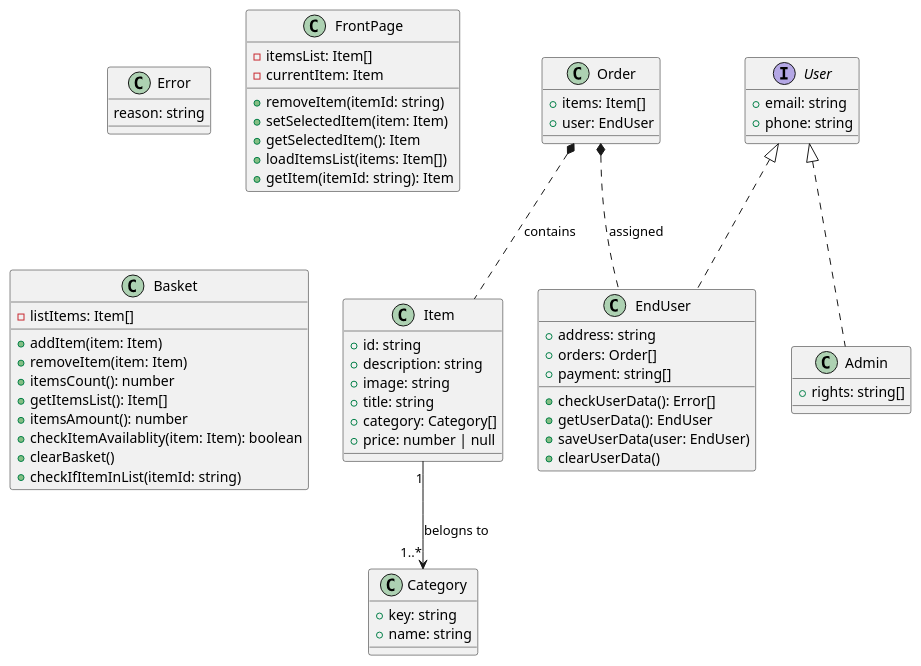
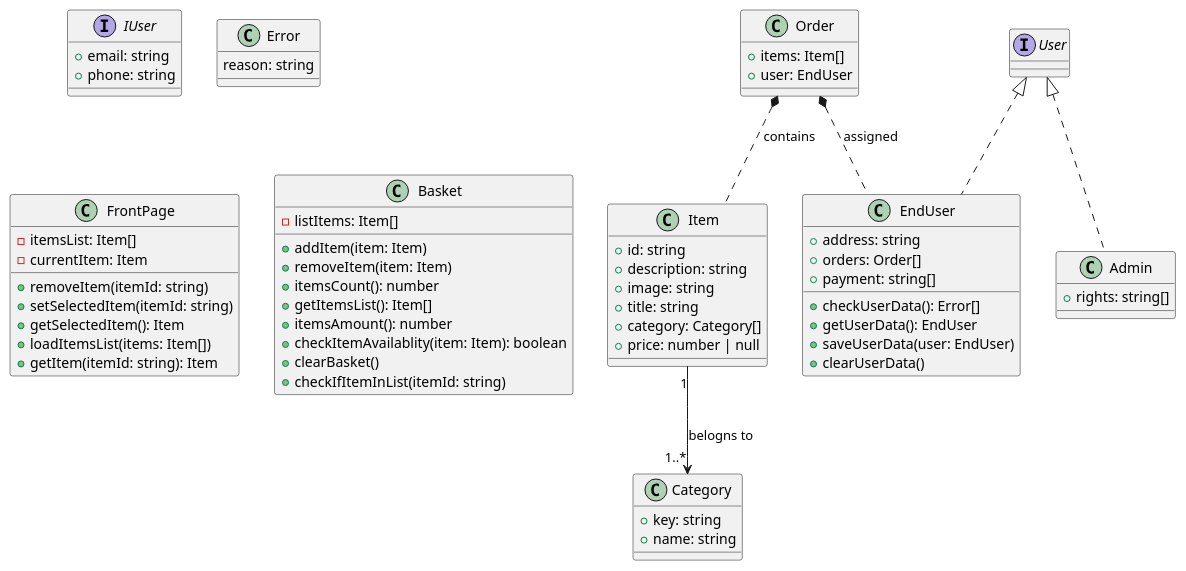
Before and after one commit to Student2506/weblarek: the diagram in solution.wsd, drawn with PlantUML. The commit also changed 6 other files, not shown here.

```diff
--- a/solution.wsd
+++ b/solution.wsd
@@ -1,70 +1,70 @@
 @startuml Overview
 class Item {
  +id: string
  +description: string
  +image: string
  +title: string
  +category: Category[]
  +price: number | null
 }
 
 class Category {
   +key: string
   +name: string
 }
 
 
-interface User {
+interface IUser {
   +email: string
   +phone: string
 }
 
 class EndUser implements User {
   +address: string
   +orders: Order[]
   +payment: string[]
 
   + checkUserData(): Error[]
   + getUserData(): EndUser
   + saveUserData(user: EndUser)
   + clearUserData()
 }
 
 class Error {
   reason: string
 }
 class Admin implements User {
   +rights: string[]
 }
 
 class Order {
   +items: Item[]
   +user: EndUser
 }
 
 Item "1" --> "1..*" Category : belogns to
 Order *.. Item : contains
 Order *.. EndUser : assigned
 
 class FrontPage {
   - itemsList: Item[]
   - currentItem: Item
   + removeItem(itemId: string)
-  + setSelectedItem(item: Item)
+  + setSelectedItem(itemId: string)
   + getSelectedItem(): Item
   + loadItemsList(items: Item[])
   + getItem(itemId: string): Item
 }
 
 class Basket {
   - listItems: Item[]
   + addItem(item: Item)
   + removeItem(item: Item)
   + itemsCount(): number
   + getItemsList(): Item[]
   + itemsAmount(): number
   + checkItemAvailablity(item: Item): boolean
   + clearBasket()
   + checkIfItemInList(itemId: string)
 }
 @enduml
```
